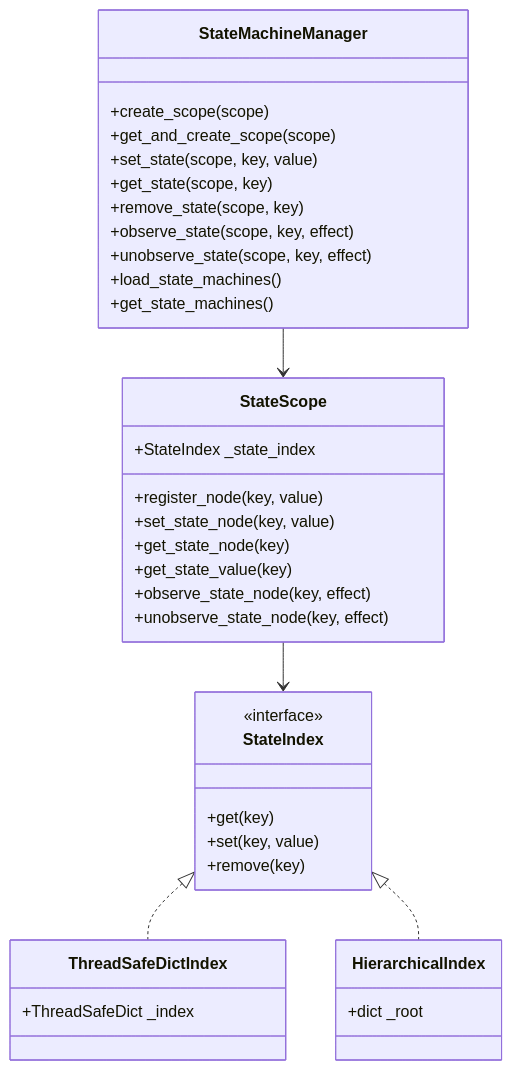
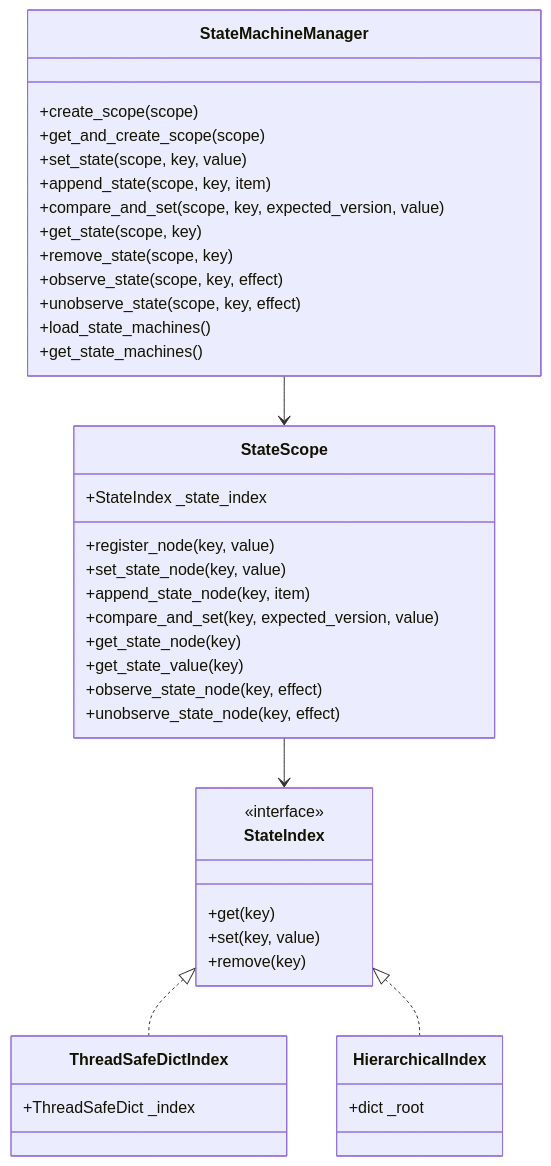
Before and after one commit to YearsAlso/zoo-framework: the fifth of 13 diagrams in docs/ARCHITECTURE.md, drawn with Mermaid. The commit also changed 16 other files, not shown here.

````diff
--- a/docs/ARCHITECTURE.md
+++ b/docs/ARCHITECTURE.md
@@ -196,44 +196,48 @@
 ```mermaid
 classDiagram
     class StateMachineManager {
         +create_scope(scope)
         +get_and_create_scope(scope)
         +set_state(scope, key, value)
+        +append_state(scope, key, item)
+        +compare_and_set(scope, key, expected_version, value)
         +get_state(scope, key)
         +remove_state(scope, key)
         +observe_state(scope, key, effect)
         +unobserve_state(scope, key, effect)
         +load_state_machines()
         +get_state_machines()
     }
 
     class StateScope {
         +StateIndex _state_index
         +register_node(key, value)
         +set_state_node(key, value)
+        +append_state_node(key, item)
+        +compare_and_set(key, expected_version, value)
         +get_state_node(key)
         +get_state_value(key)
         +observe_state_node(key, effect)
         +unobserve_state_node(key, effect)
     }
 
     class StateIndex {
         <<interface>>
         +get(key)
         +set(key, value)
         +remove(key)
     }
 
     class ThreadSafeDictIndex {
         +ThreadSafeDict _index
     }
 
     class HierarchicalIndex {
         +dict _root
     }
 
     StateMachineManager --> StateScope
     StateScope --> StateIndex
     StateIndex <|.. ThreadSafeDictIndex
     StateIndex <|.. HierarchicalIndex
 ```
````
